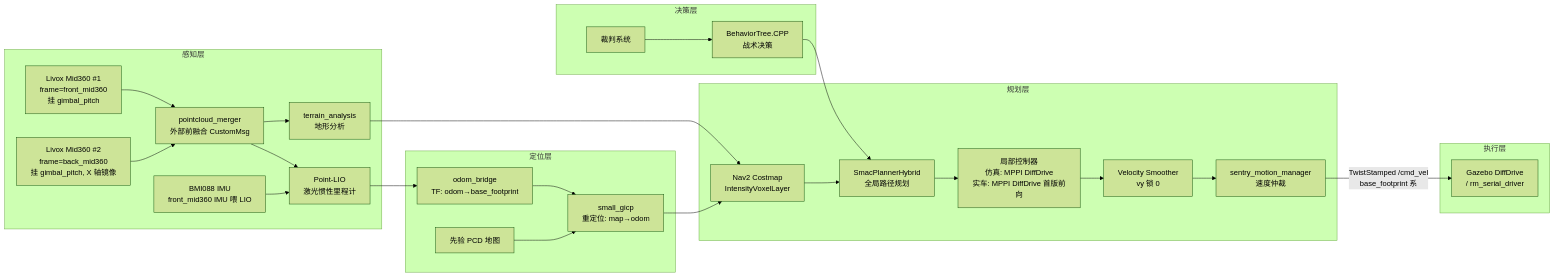
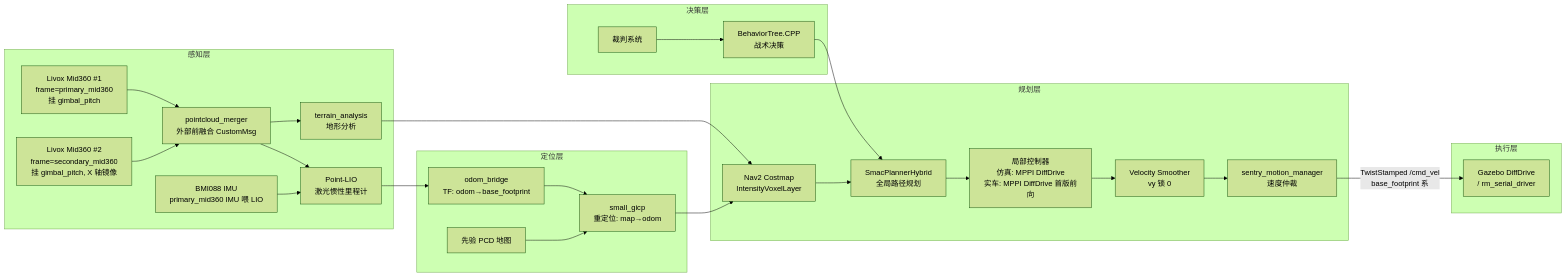
One commit to Boombroke/Sentry26 changed the diagram in README.md. Above: the diagram before and after it, drawn with Mermaid (forest theme). The commit also changed other lines of this file and 47 other files, not shown here.

First line of the commit message:
refactor(dual_mid360): front/back → primary/secondary 全链重命名

````diff
--- a/README.md
+++ b/README.md
@@ -12,34 +12,34 @@
 ```mermaid
 graph LR
     subgraph 感知层
-        FL[Livox Mid360 #1<br/>frame=front_mid360<br/>挂 gimbal_pitch] --> MG[pointcloud_merger<br/>外部前融合 CustomMsg]
-        BL[Livox Mid360 #2<br/>frame=back_mid360<br/>挂 gimbal_pitch, X 轴镜像] --> MG
+        FL[Livox Mid360 #1<br/>frame=primary_mid360<br/>挂 gimbal_pitch] --> MG[pointcloud_merger<br/>外部前融合 CustomMsg]
+        BL[Livox Mid360 #2<br/>frame=secondary_mid360<br/>挂 gimbal_pitch, X 轴镜像] --> MG
         MG --> PL[Point-LIO<br/>激光惯性里程计]
-        IMU[BMI088 IMU<br/>front_mid360 IMU 喂 LIO] --> PL
+        IMU[BMI088 IMU<br/>primary_mid360 IMU 喂 LIO] --> PL
         MG --> TA[terrain_analysis<br/>地形分析]
     end
 
     subgraph 定位层
         PL --> OB[odom_bridge<br/>TF: odom→base_footprint]
         PCD[先验 PCD 地图] --> GICP[small_gicp<br/>重定位: map→odom]
         OB --> GICP
     end
 
     subgraph 规划层
         GICP --> CM[Nav2 Costmap<br/>IntensityVoxelLayer]
         TA --> CM
         CM --> GP[SmacPlannerHybrid<br/>全局路径规划]
         GP --> LP[局部控制器<br/>仿真: MPPI DiffDrive<br/>实车: MPPI DiffDrive 首版前向]
         LP --> VS[Velocity Smoother<br/>vy 锁 0]
         VS --> MM[sentry_motion_manager<br/>速度仲裁]
     end
 
     subgraph 决策层
         REF[裁判系统] --> BT[BehaviorTree.CPP<br/>战术决策]
         BT --> GP
     end
 
     subgraph 执行层
         MM -->|TwistStamped /cmd_vel<br/>base_footprint 系| SER[Gazebo DiffDrive<br/>/ rm_serial_driver]
     end
 ```
````
